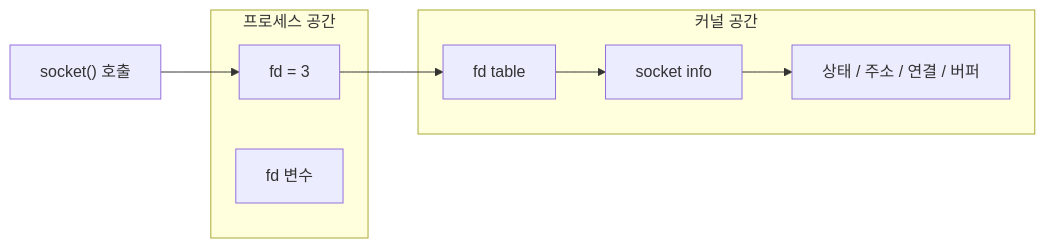
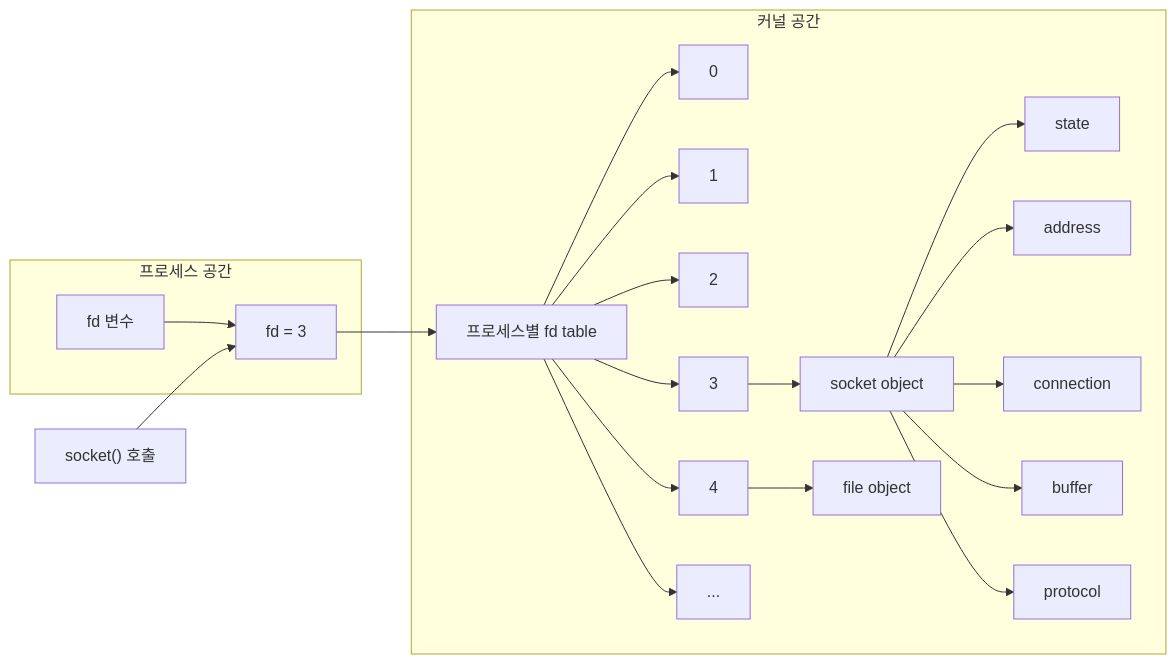
The fourth of 6 diagrams in docs/Study/소켓.md (HyeYeonLee0112/SW-AI-W08-Webproxy-Lab), drawn with Mermaid before and after one commit. The commit also changed other lines of this file and 7 other files, not shown here.

````diff
--- a/docs/Study/소켓.md
+++ b/docs/Study/소켓.md
@@ -115,18 +115,41 @@
 ```mermaid
 flowchart LR
   subgraph P["프로세스 공간"]
-    P1["fd = 3"]
-    P2["fd 변수"]
+    P1["fd 변수"]
+    P2["fd = 3"]
+    P1 --> P2
   end
 
   subgraph K["커널 공간"]
-    K1["fd table"]
-    K2["socket info"]
-    K3["상태 / 주소 / 연결 / 버퍼"]
+    K0["프로세스별 fd table"]
+    K1["0"]
+    K2["1"]
+    K3["2"]
+    K4["3"]
+    K5["4"]
+    K6["..."]
+    O3["socket object"]
+    O4["file object"]
+    S1["state"]
+    S2["address"]
+    S3["connection"]
+    S4["buffer"]
+    S5["protocol"]
+    K0 --> K1
+    K0 --> K2
+    K0 --> K3
+    K0 --> K4
+    K0 --> K5
+    K0 --> K6
+    K4 --> O3
+    K5 --> O4
+    O3 --> S1
+    O3 --> S2
+    O3 --> S3
+    O3 --> S4
+    O3 --> S5
   end
 
-  C["socket() 호출"] --> P1
-  P1 --> K1
-  K1 --> K2
-  K2 --> K3
+  C["socket() 호출"] --> P2
+  P2 --> K0
 ```
````
